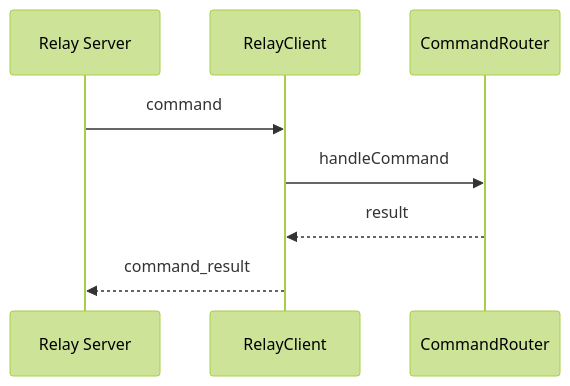
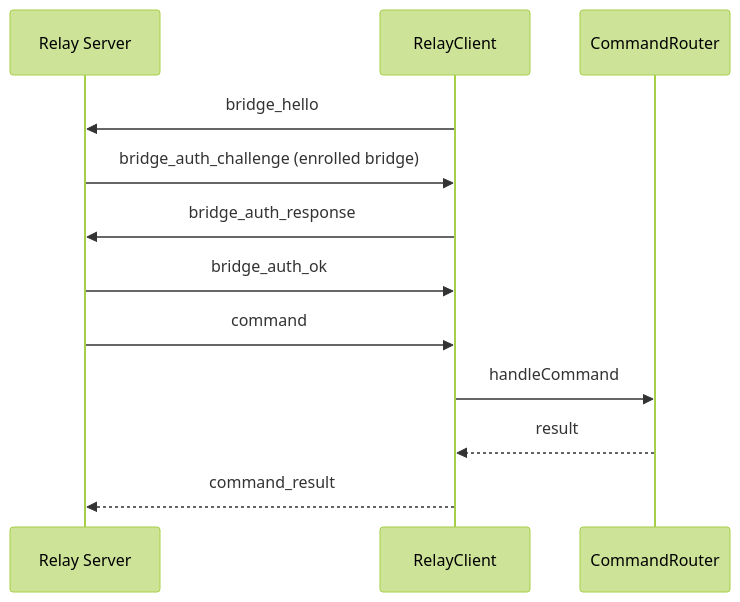
The diagram in docs/bridge/features/relay-protocol.md (pivotrecruiting/broadify-bridge), drawn with Mermaid (forest theme) before and after one commit. The commit also changed other lines of this file and 7 other files, not shown here.

````diff
--- a/docs/bridge/features/relay-protocol.md
+++ b/docs/bridge/features/relay-protocol.md
@@ -71,11 +128,15 @@
 ```mermaid
 sequenceDiagram
   participant Relay as Relay Server
   participant Bridge as RelayClient
   participant Router as CommandRouter
 
+  Bridge->>Relay: bridge_hello
+  Relay->>Bridge: bridge_auth_challenge (enrolled bridge)
+  Bridge->>Relay: bridge_auth_response
+  Relay->>Bridge: bridge_auth_ok
   Relay->>Bridge: command
   Bridge->>Router: handleCommand
   Router-->>Bridge: result
   Bridge-->>Relay: command_result
 ```
````
